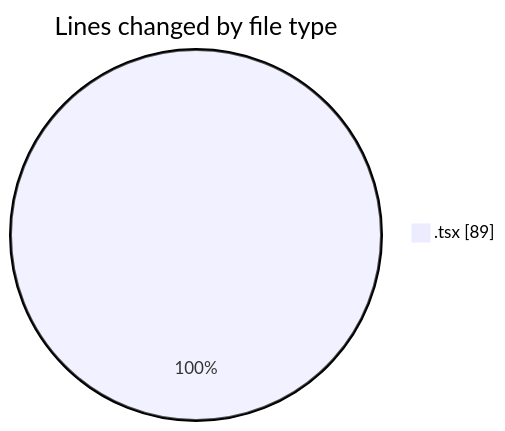
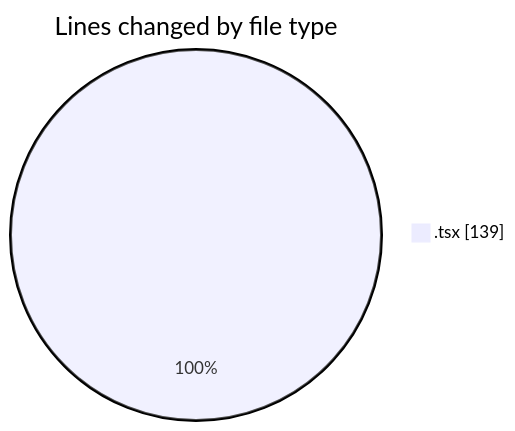
One commit to julien-gomy/code-tracking changed the first of 2 diagrams in 2025-10-21/eventscop-frontend-guide__workspace_/README.md. Above: the diagram before and after it, drawn with Mermaid. The commit also changed other lines of this file and 1 other file, not shown here.

````diff
--- a/2025-10-21/eventscop-frontend-guide__workspace_/README.md
+++ b/2025-10-21/eventscop-frontend-guide__workspace_/README.md
@@ -23,5 +24,5 @@
 ```mermaid
 pie showData
 title Lines changed by file type
-".tsx" : 89
+".tsx" : 139
 ```
````
